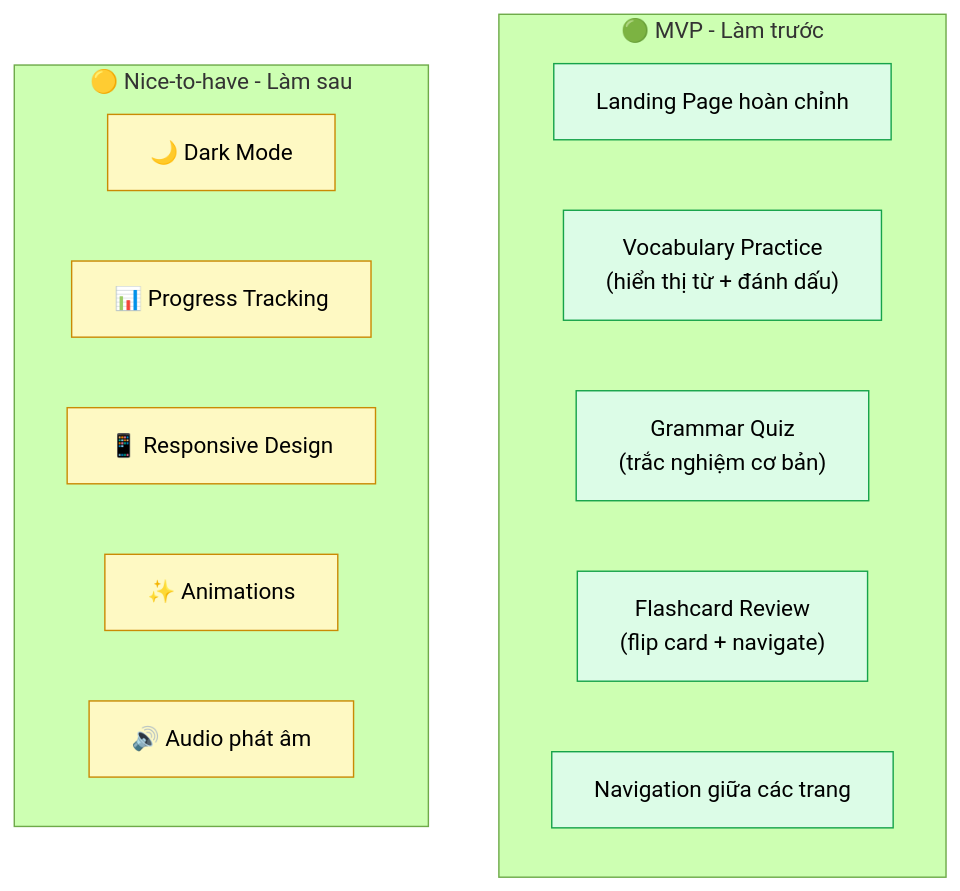
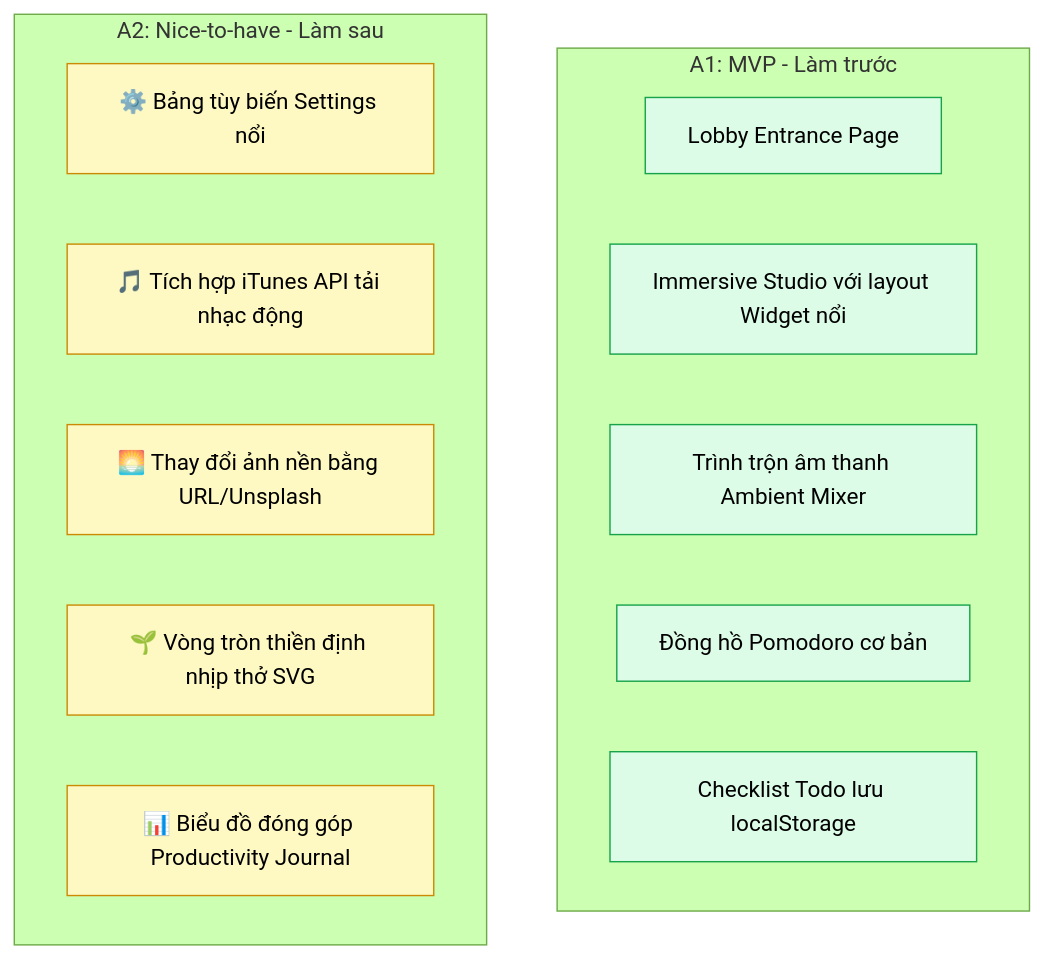
Before and after one commit to thanhmati/antigravity-vibe-coding-course: the fifth of 6 diagrams in docs/section-07-vibe-coding/lesson-01-vibe-coding-overview.md, drawn with Mermaid (forest theme). The commit also changed other lines of this file and 5 other files, not shown here.

````diff
--- a/docs/section-07-vibe-coding/lesson-01-vibe-coding-overview.md
+++ b/docs/section-07-vibe-coding/lesson-01-vibe-coding-overview.md
@@ -230,29 +222,29 @@
 ```mermaid
 graph TD
-    subgraph "🟢 MVP - Làm trước"
-        M1["Landing Page hoàn chỉnh"]
-        M2["Vocabulary Practice<br/>(hiển thị từ + đánh dấu)"]
-        M3["Grammar Quiz<br/>(trắc nghiệm cơ bản)"]
-        M4["Flashcard Review<br/>(flip card + navigate)"]
-        M5["Navigation giữa các trang"]
+    subgraph "A1: MVP - Làm trước"
+        M1["Lobby Entrance Page"]
+        M2["Immersive Studio với layout Widget nổi"]
+        M3["Trình trộn âm thanh Ambient Mixer"]
+        M4["Đồng hồ Pomodoro cơ bản"]
+        M5["Checklist Todo lưu localStorage"]
     end
 
-    subgraph "🟡 Nice-to-have - Làm sau"
-        N1["🌙 Dark Mode"]
-        N2["📊 Progress Tracking"]
-        N3["📱 Responsive Design"]
-        N4["✨ Animations"]
-        N5["🔊 Audio phát âm"]
+    subgraph "A2: Nice-to-have - Làm sau"
+        N1["⚙️ Bảng tùy biến Settings nổi"]
+        N2["🎵 Tích hợp iTunes API tải nhạc động"]
+        N3["🌅 Thay đổi ảnh nền bằng URL/Unsplash"]
+        N4["🌱 Vòng tròn thiền định nhịp thở SVG"]
+        N5["📊 Biểu đồ đóng góp Productivity Journal"]
     end
 
     style M1 fill:#dcfce7,stroke:#16a34a,color:#000
     style M2 fill:#dcfce7,stroke:#16a34a,color:#000
     style M3 fill:#dcfce7,stroke:#16a34a,color:#000
     style M4 fill:#dcfce7,stroke:#16a34a,color:#000
     style M5 fill:#dcfce7,stroke:#16a34a,color:#000
     style N1 fill:#fef9c3,stroke:#ca8a04,color:#000
     style N2 fill:#fef9c3,stroke:#ca8a04,color:#000
     style N3 fill:#fef9c3,stroke:#ca8a04,color:#000
     style N4 fill:#fef9c3,stroke:#ca8a04,color:#000
     style N5 fill:#fef9c3,stroke:#ca8a04,color:#000
 ```
````
